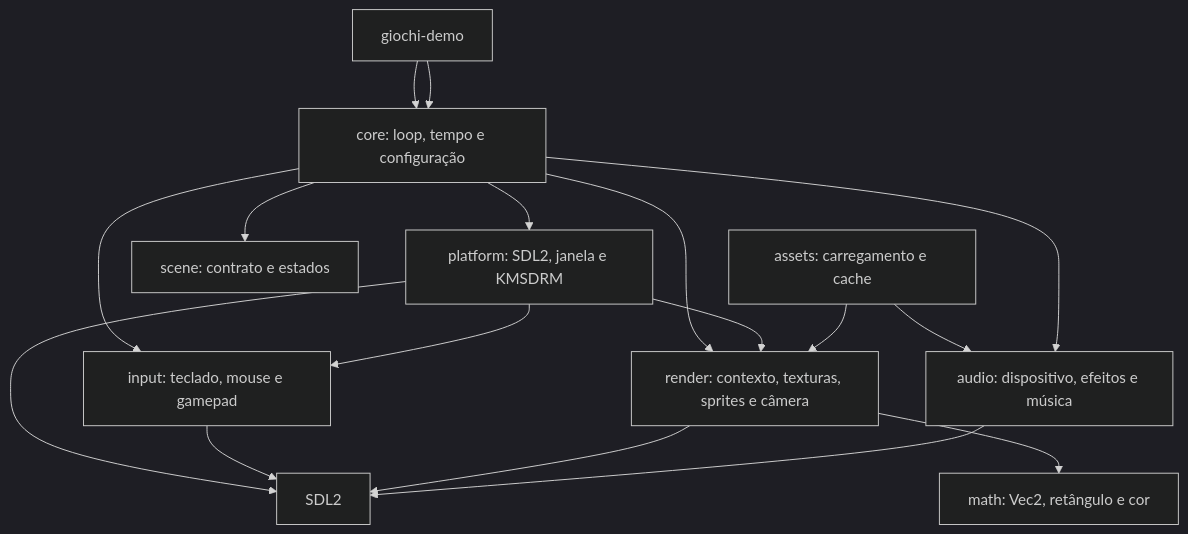
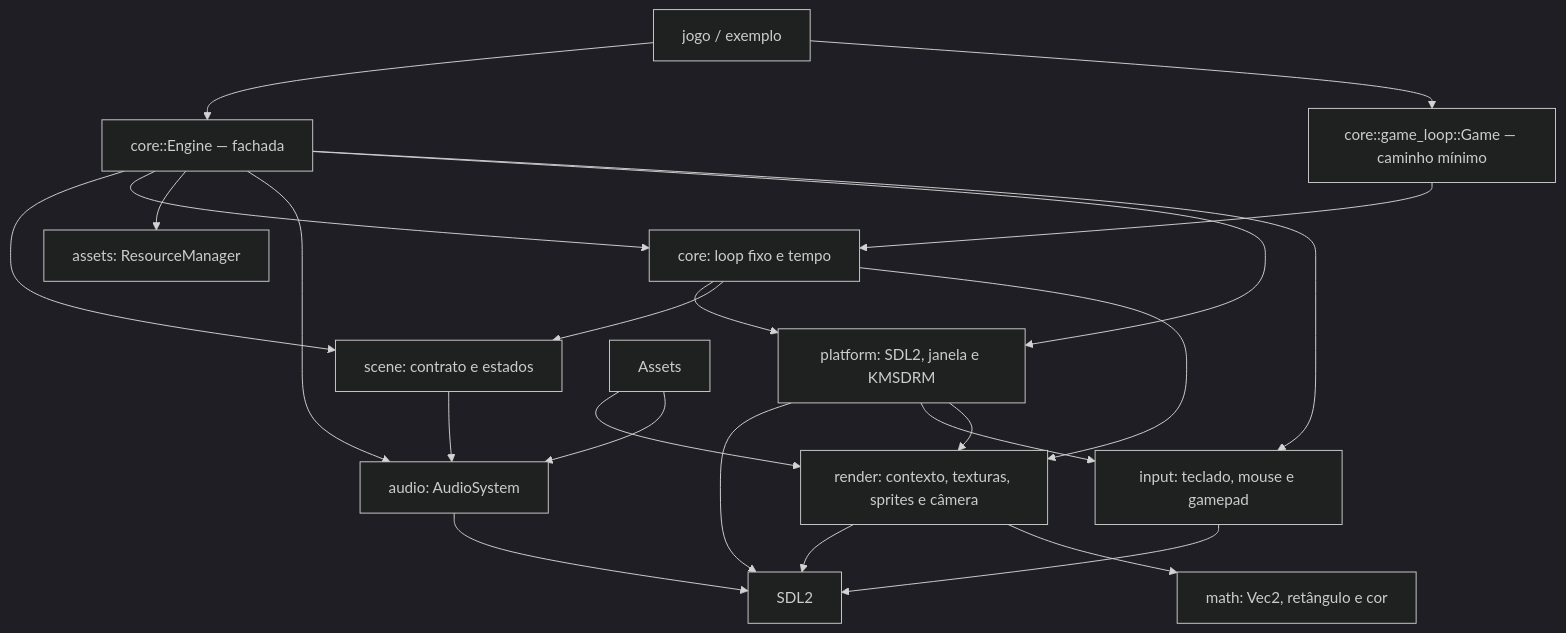
The diagram in docs/ARCHITECTURE.md (xtrempkch-droid/GIOCHI-ENGINE), drawn with Mermaid (dark theme) before and after one commit. The commit also changed other lines of this file and 24 other files, not shown here.

First line of the commit message:
feat(phase-5): add scene manager and engine facade

````diff
--- a/docs/ARCHITECTURE.md
+++ b/docs/ARCHITECTURE.md
@@ -5,19 +5,25 @@
 ```mermaid
 flowchart TD
-    Demo[exemplo SDL2 / consumidor] --> Core[core: loop, tempo e configuração]
-    Demo[giochi-demo] --> Core
+    Game[jogo / exemplo] --> Engine[core::Engine — fachada]
+    Game --> Minimal[core::game_loop::Game — caminho mínimo]
+    Engine --> Scene[scene: Scene e SceneManager]
+    Engine --> Core[core: loop fixo e tempo]
+    Engine --> Resources[assets: ResourceManager]
+    Engine --> Audio[audio: AudioSystem]
+    Minimal --> Core
     Core --> Platform[platform: SDL2, janela e KMSDRM]
+    Engine --> Platform
     Platform --> SDL[SDL2]
     Core --> Scene[scene: contrato e estados]
-    Core --> Input[input: teclado, mouse e gamepad]
+    Engine --> Input[input: teclado, mouse e gamepad]
     Core --> Render[render: contexto, texturas, sprites e câmera]
     Platform --> Input
     Platform --> Render
     Input --> SDL
     Render --> SDL
     Render --> Math[math: Vec2, retângulo e cor]
-    Assets[assets: carregamento e cache] --> Render
+    Assets --> Render
     Assets --> Audio
-    Core --> Audio[audio: dispositivo, efeitos e música]
+    Scene --> Audio
     Audio --> SDL
 ```
````
